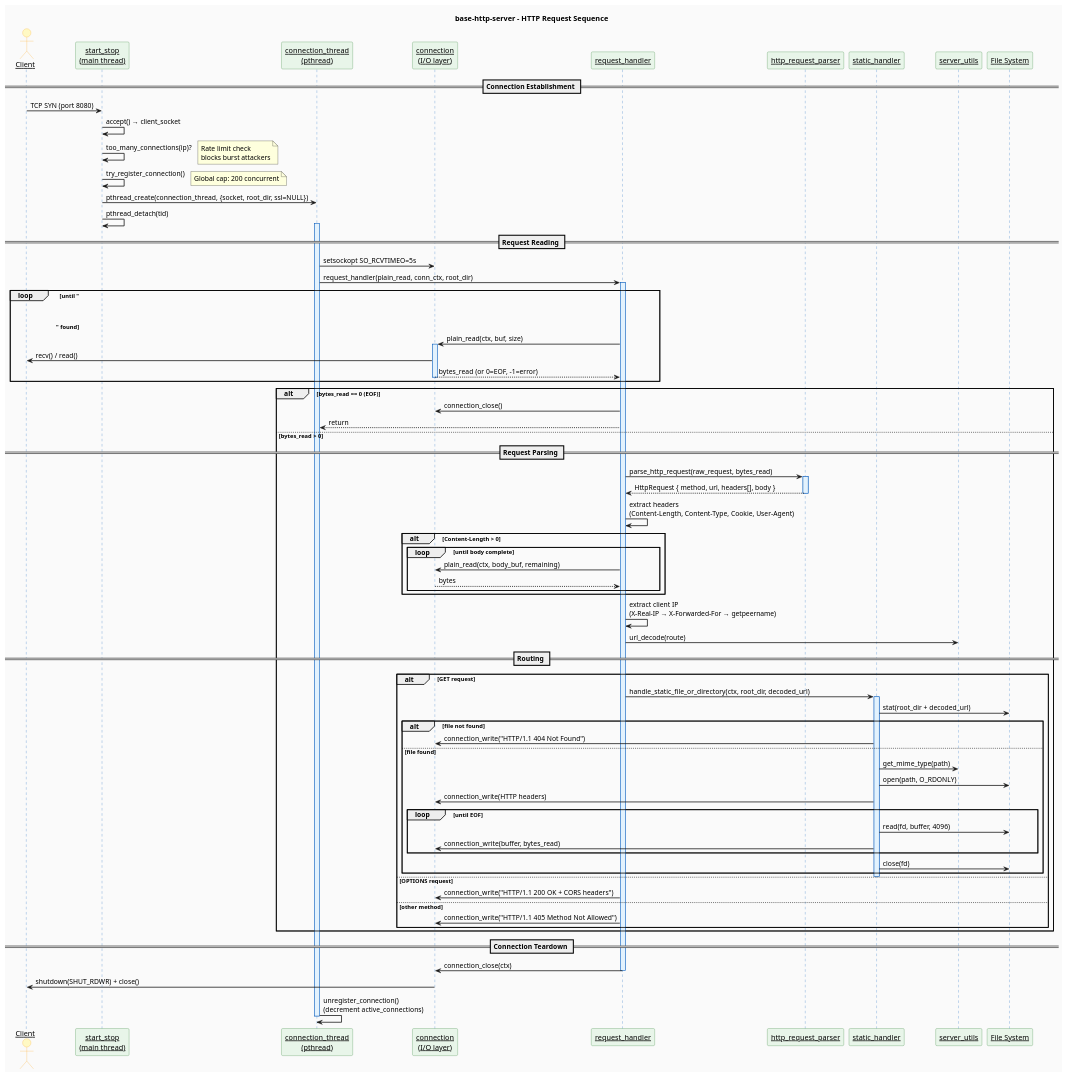
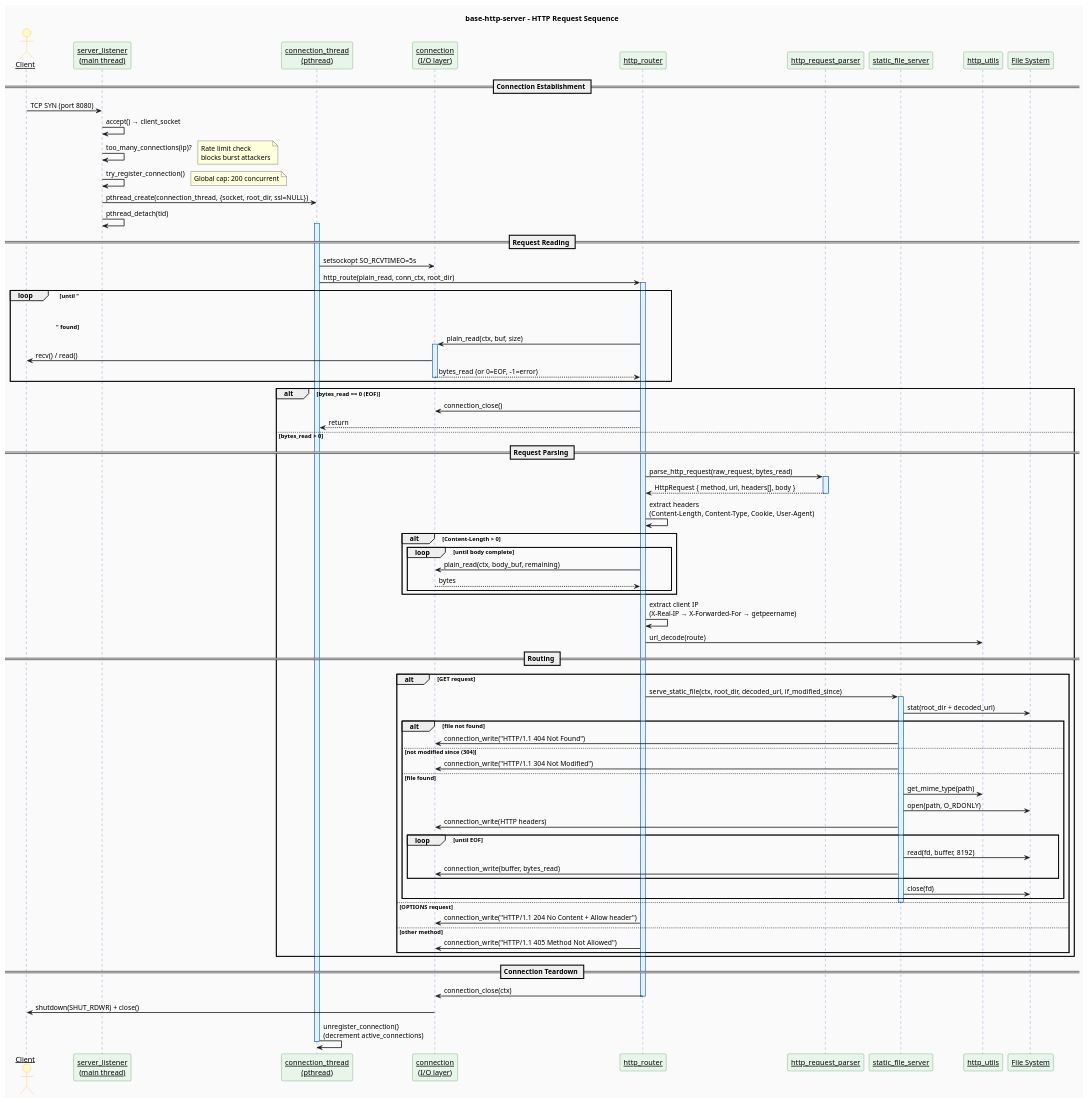
The diagram in develop_docs/diagrams/sequence-http.puml (jpablotoledom/boat-rudder), drawn with PlantUML before and after one commit. The commit also changed 38 other files, not shown here.

```diff
--- a/develop_docs/diagrams/sequence-http.puml
+++ b/develop_docs/diagrams/sequence-http.puml
@@ -1,120 +1,122 @@
 @startuml sequence-http
 
 title base-http-server - HTTP Request Sequence
 
 skinparam backgroundColor #FAFAFA
 skinparam sequenceArrowThickness 1.5
 skinparam sequenceParticipant underline
 skinparam sequence {
     LifeLineBackgroundColor #E3F2FD
     LifeLineBorderColor #1565C0
     ActorBackgroundColor #FFF9C4
     ActorBorderColor #F9A825
     ParticipantBackgroundColor #E8F5E9
     ParticipantBorderColor #2E7D32
 }
 
 actor Client
 
-participant "start_stop\n(main thread)" as SS
+participant "server_listener\n(main thread)" as SS
 participant "connection_thread\n(pthread)" as CT
 participant "connection\n(I/O layer)" as CONN
-participant "request_handler" as RH
+participant "http_router" as RH
 participant "http_request_parser" as PARSER
-participant "static_handler" as SH
-participant "server_utils" as SU
+participant "static_file_server" as SH
+participant "http_utils" as SU
 participant "File System" as FS
 
 == Connection Establishment ==
 
 Client -> SS : TCP SYN (port 8080)
 SS -> SS : accept() → client_socket
 SS -> SS : too_many_connections(ip)?
 note right: Rate limit check\nblocks burst attackers
 SS -> SS : try_register_connection()
 note right: Global cap: 200 concurrent
 SS -> CT : pthread_create(connection_thread, {socket, root_dir, ssl=NULL})
 SS -> SS : pthread_detach(tid)
 
 == Request Reading ==
 
 activate CT
 CT -> CONN : setsockopt SO_RCVTIMEO=5s
-CT -> RH : request_handler(plain_read, conn_ctx, root_dir)
+CT -> RH : http_route(plain_read, conn_ctx, root_dir)
 
 activate RH
 loop until "\r\n\r\n" found
     RH -> CONN : plain_read(ctx, buf, size)
     activate CONN
     CONN -> Client : recv() / read()
     CONN --> RH : bytes_read (or 0=EOF, -1=error)
     deactivate CONN
 end
 
 alt bytes_read == 0 (EOF)
     RH -> CONN : connection_close()
     RH --> CT : return
 else bytes_read > 0
 
 == Request Parsing ==
 
     RH -> PARSER : parse_http_request(raw_request, bytes_read)
     activate PARSER
     PARSER --> RH : HttpRequest { method, url, headers[], body }
     deactivate PARSER
 
     RH -> RH : extract headers\n(Content-Length, Content-Type, Cookie, User-Agent)
 
     alt Content-Length > 0
         loop until body complete
             RH -> CONN : plain_read(ctx, body_buf, remaining)
             CONN --> RH : bytes
         end
     end
 
     RH -> RH : extract client IP\n(X-Real-IP → X-Forwarded-For → getpeername)
     RH -> SU : url_decode(route)
 
 == Routing ==
 
     alt GET request
-        RH -> SH : handle_static_file_or_directory(ctx, root_dir, decoded_url)
+        RH -> SH : serve_static_file(ctx, root_dir, decoded_url, if_modified_since)
 
         activate SH
         SH -> FS : stat(root_dir + decoded_url)
 
         alt file not found
             SH -> CONN : connection_write("HTTP/1.1 404 Not Found")
+        else not modified since (304)
+            SH -> CONN : connection_write("HTTP/1.1 304 Not Modified")
         else file found
             SH -> SU : get_mime_type(path)
             SH -> FS : open(path, O_RDONLY)
 
             SH -> CONN : connection_write(HTTP headers)
             loop until EOF
-                SH -> FS : read(fd, buffer, 4096)
+                SH -> FS : read(fd, buffer, 8192)
                 SH -> CONN : connection_write(buffer, bytes_read)
             end
             SH -> FS : close(fd)
         end
         deactivate SH
 
     else OPTIONS request
-        RH -> CONN : connection_write("HTTP/1.1 200 OK + CORS headers")
+        RH -> CONN : connection_write("HTTP/1.1 204 No Content + Allow header")
 
     else other method
         RH -> CONN : connection_write("HTTP/1.1 405 Method Not Allowed")
     end
 
 end
 
 == Connection Teardown ==
 
 RH -> CONN : connection_close(ctx)
 deactivate RH
 
 CONN -> Client : shutdown(SHUT_RDWR) + close()
 
 CT -> CT : unregister_connection()\n(decrement active_connections)
 deactivate CT
 
 @enduml
```
